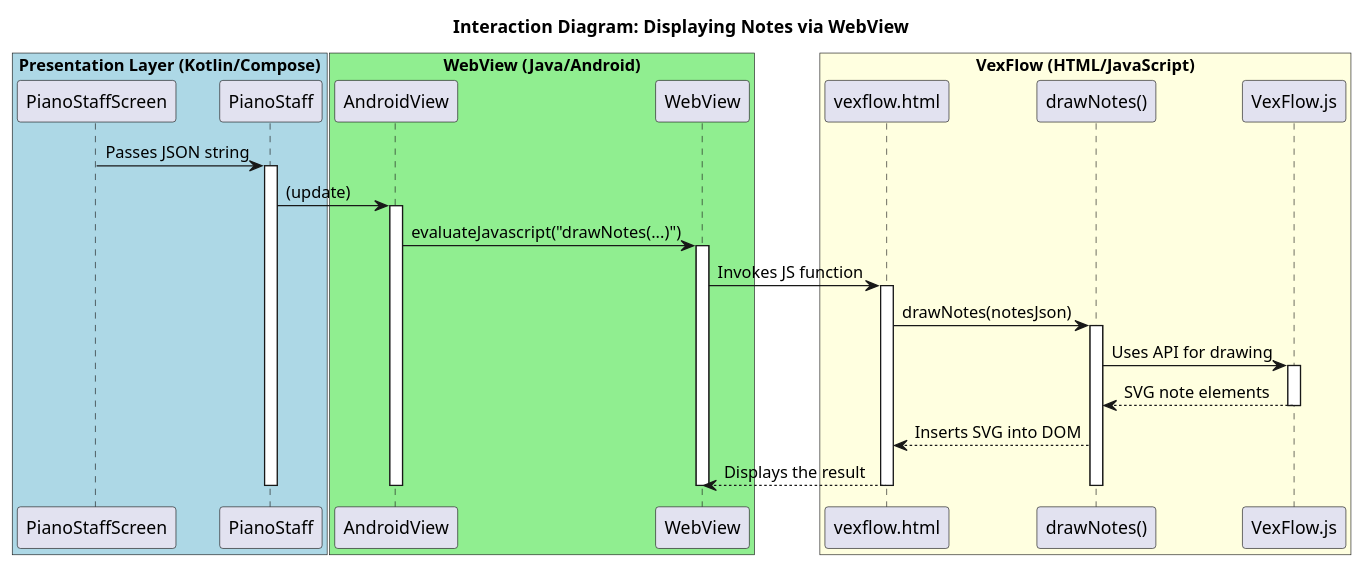
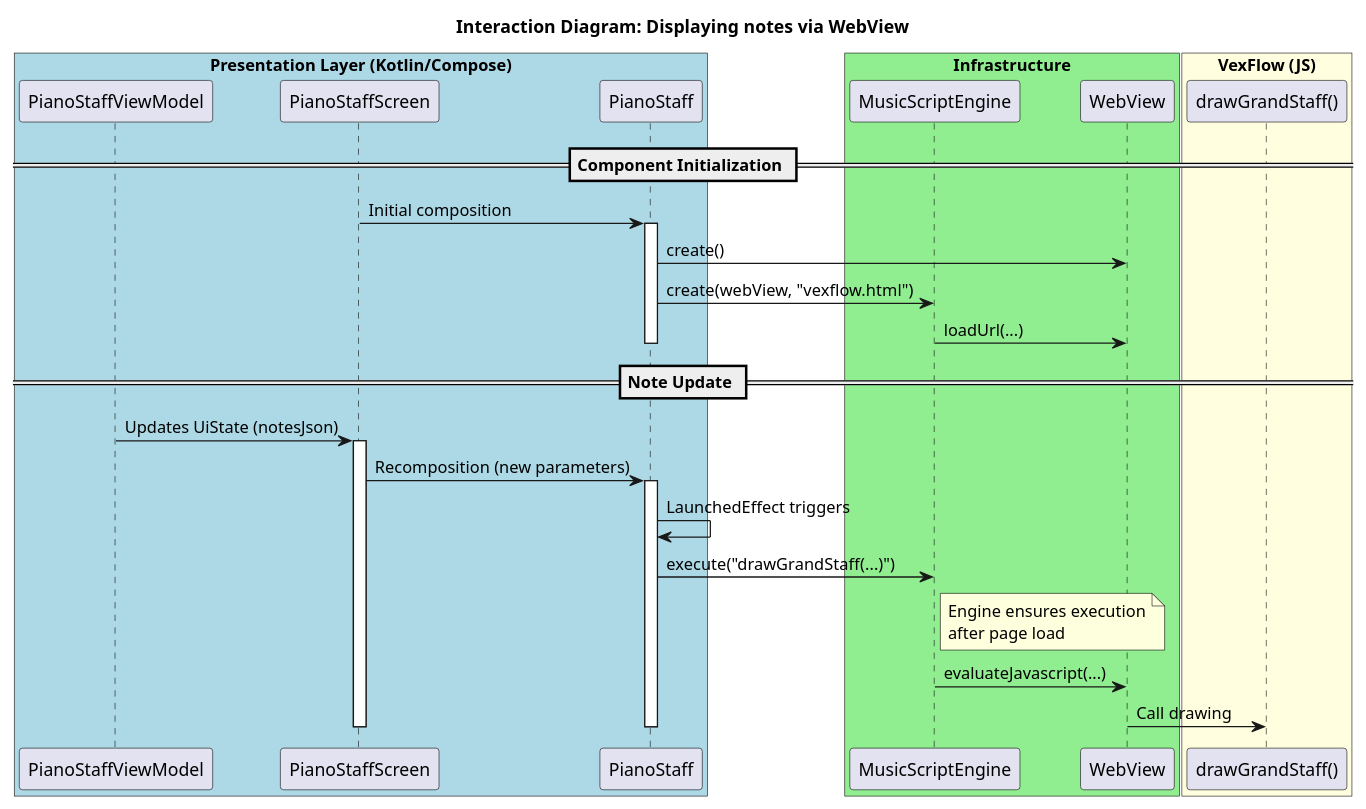
One commit to astrizhachuk/PianoFlow changed the ninth of 9 diagrams in docs/en/ts/MIDI_MESSAGE_PROCESSING.md. Above: the diagram before and after it, drawn with PlantUML. The commit also changed other lines of this file and 47 other files, not shown here.

````diff
--- a/docs/en/ts/MIDI_MESSAGE_PROCESSING.md
+++ b/docs/en/ts/MIDI_MESSAGE_PROCESSING.md
@@ -359,51 +490,51 @@
 ```plantuml
 @startuml
-title Interaction Diagram: Displaying Notes via WebView
+title Interaction Diagram: Displaying notes via WebView
 
 box "Presentation Layer (Kotlin/Compose)" #LightBlue
+    participant "PianoStaffViewModel" as VM
     participant "PianoStaffScreen" as Screen
     participant "PianoStaff" as StaffComposable
 end box
 
-box "WebView (Java/Android)" #LightGreen
-    participant "AndroidView" as AndroidView
+box "Infrastructure" #LightGreen
+    participant "MusicScriptEngine" as Engine
     participant "WebView" as WebView
 end box
 
-box "VexFlow (HTML/JavaScript)" #LightYellow
-    participant "vexflow.html" as HtmlPage
-    participant "drawNotes()" as DrawJsFunc
-    participant "VexFlow.js" as VexFlowLib
+box "VexFlow (JS)" #LightYellow
+    participant "drawGrandStaff()" as DrawJsFunc
 end box
 
-Screen -> StaffComposable : Passes JSON string
+== Component Initialization ==
+
+Screen -> StaffComposable : Initial composition
 activate StaffComposable
 
-StaffComposable -> AndroidView : (update)
-activate AndroidView
+StaffComposable -> WebView : create()
+StaffComposable -> Engine : create(webView, "vexflow.html")
+Engine -> WebView : loadUrl(...)
 
-AndroidView -> WebView : evaluateJavascript("drawNotes(...)")
-activate WebView
+deactivate StaffComposable
 
-WebView -> HtmlPage : Invokes JS function
-activate HtmlPage
+== Note Update ==
 
-HtmlPage -> DrawJsFunc : drawNotes(notesJson)
-activate DrawJsFunc
+VM -> Screen : Updates UiState (notesJson)
+activate Screen
 
-DrawJsFunc -> VexFlowLib : Uses API for drawing
-activate VexFlowLib
-VexFlowLib --> DrawJsFunc : SVG note elements
-deactivate VexFlowLib
+Screen -> StaffComposable : Recomposition (new parameters)
+activate StaffComposable
 
-DrawJsFunc --> HtmlPage : Inserts SVG into DOM
+StaffComposable -> StaffComposable : LaunchedEffect triggers
+StaffComposable -> Engine : execute("drawGrandStaff(...)")
 
-HtmlPage --> WebView : Displays the result
-deactivate DrawJsFunc
-deactivate HtmlPage
-deactivate WebView
-deactivate AndroidView
+note right of Engine: Engine ensures execution\nafter page load
+
+Engine -> WebView : evaluateJavascript(...)
+WebView -> DrawJsFunc : Call drawing
+
 deactivate StaffComposable
+deactivate Screen
 
 @enduml
 ```
````
